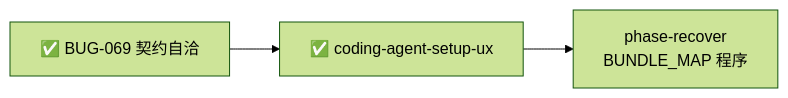
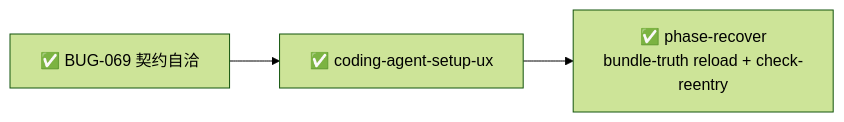
The third of 5 diagrams in _backlog/todos/README.md (ethan-jiang-1/ai_tool_deepresearch), drawn with Mermaid (forest theme) before and after one commit. The commit also changed other lines of this file and 28 other files, not shown here.

````diff
--- a/_backlog/todos/README.md
+++ b/_backlog/todos/README.md
@@ -83,8 +90,8 @@
 ```mermaid
 flowchart LR
   B69["✅ BUG-069 契约自洽"]
   SETUP["✅ coding-agent-setup-ux"]
-  REC["phase-recover<br/>BUNDLE_MAP 程序"]
+  REC["✅ phase-recover<br/>bundle-truth reload + check-reentry"]
   B69 --> SETUP
   SETUP --> REC
 ```
````
